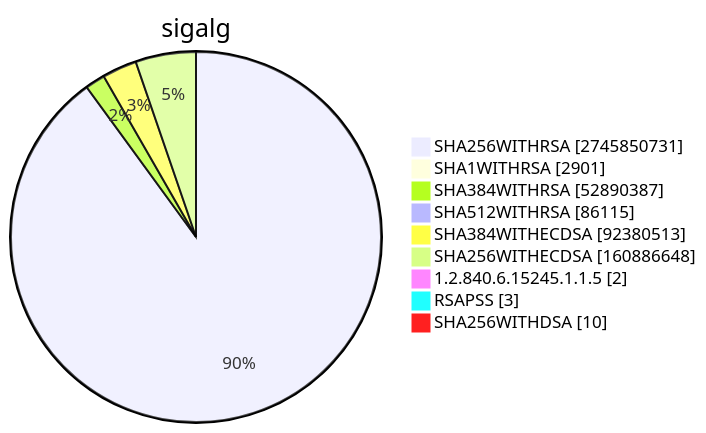
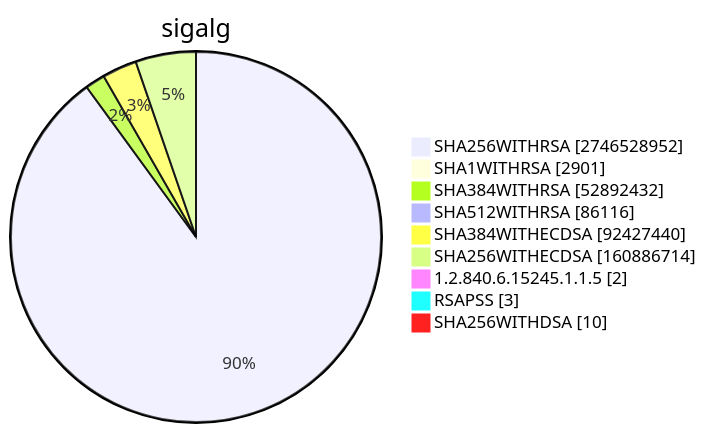
One commit to christiankrug/ctmonitor_visualization changed diagram 15 of 15 in TOTAL/README.md. Above: the diagram before and after it, drawn with Mermaid. The commit also changed other lines of this file, not shown here.

````diff
--- a/TOTAL/README.md
+++ b/TOTAL/README.md
@@ -6206,13 +6206,13 @@
 ```mermaid
 pie showData
 title sigalg
-"SHA256WITHRSA" :2745850731
+"SHA256WITHRSA" :2746528952
 "SHA1WITHRSA" :2901
-"SHA384WITHRSA" :52890387
-"SHA512WITHRSA" :86115
-"SHA384WITHECDSA" :92380513
-"SHA256WITHECDSA" :160886648
+"SHA384WITHRSA" :52892432
+"SHA512WITHRSA" :86116
+"SHA384WITHECDSA" :92427440
+"SHA256WITHECDSA" :160886714
 "1.2.840.6.15245.1.1.5" :2
 "RSAPSS" :3
 "SHA256WITHDSA" :10
 ```
````
